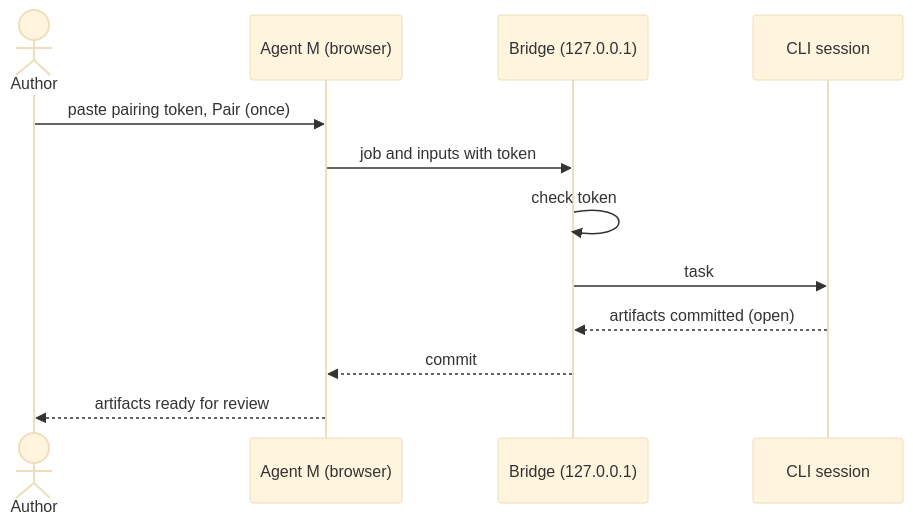
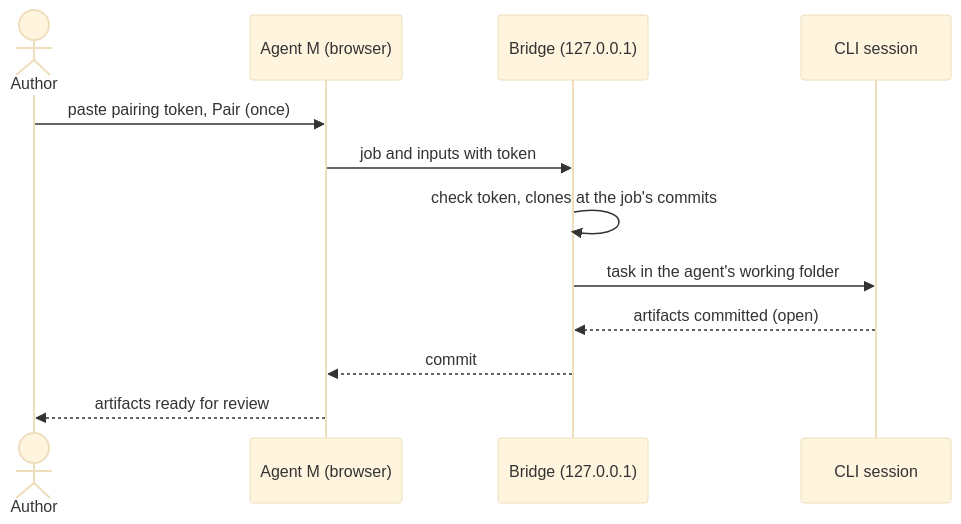
The diagram in docs/use-cases/UC-011-hand-a-job-to-a-local-cli-session.md (akmaier/agent-m), drawn with Mermaid (base theme) before and after one commit. The commit also changed other lines of this file and 28 other files, not shown here.

````diff
--- a/docs/use-cases/UC-011-hand-a-job-to-a-local-cli-session.md
+++ b/docs/use-cases/UC-011-hand-a-job-to-a-local-cli-session.md
@@ -59,14 +62,14 @@
 ```mermaid
 sequenceDiagram
     actor A as Author
     participant M as Agent M (browser)
     participant B as Bridge (127.0.0.1)
     participant C as CLI session
     A->>M: paste pairing token, Pair (once)
     M->>B: job and inputs with token
-    B->>B: check token
-    B->>C: task
+    B->>B: check token, clones at the job's commits
+    B->>C: task in the agent's working folder
     C-->>B: artifacts committed (open)
     B-->>M: commit
     M-->>A: artifacts ready for review
 ```
````
